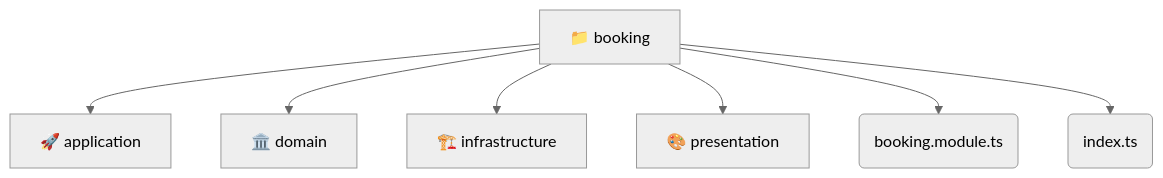
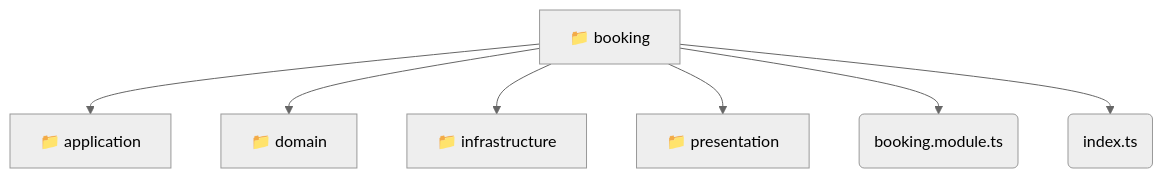
Before and after one commit to beginwebdev2002/fullstack-mavluda: the diagram in backend/src/modules/booking/README.md, drawn with Mermaid (neutral theme). The commit also changed other lines of this file and 155 other files, not shown here.

````diff
--- a/backend/src/modules/booking/README.md
+++ b/backend/src/modules/booking/README.md
@@ -9,10 +9,10 @@
 ```mermaid
 graph TD
   booking[📁 booking]
-  booking --> application[🚀 application]
-  booking --> domain[🏛️ domain]
-  booking --> infrastructure[🏗️ infrastructure]
-  booking --> presentation[🎨 presentation]
-  booking --> booking_module_ts(booking.module.ts)
-  booking --> index_ts(index.ts)
+  booking --> booking_application[📁 application]
+  booking --> booking_domain[📁 domain]
+  booking --> booking_infrastructure[📁 infrastructure]
+  booking --> booking_presentation[📁 presentation]
+  booking --> booking_booking_module_ts(booking.module.ts)
+  booking --> booking_index_ts(index.ts)
 ```
````
